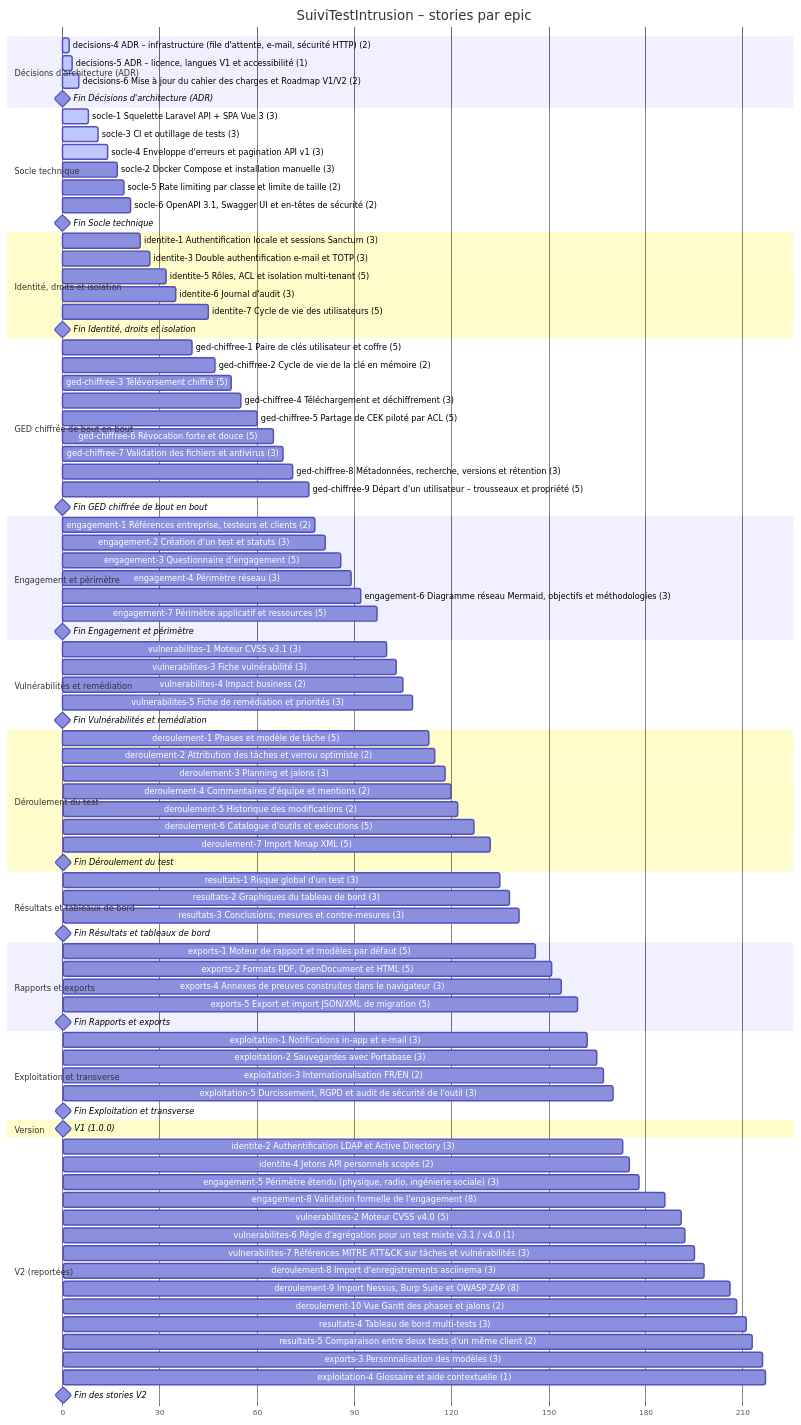
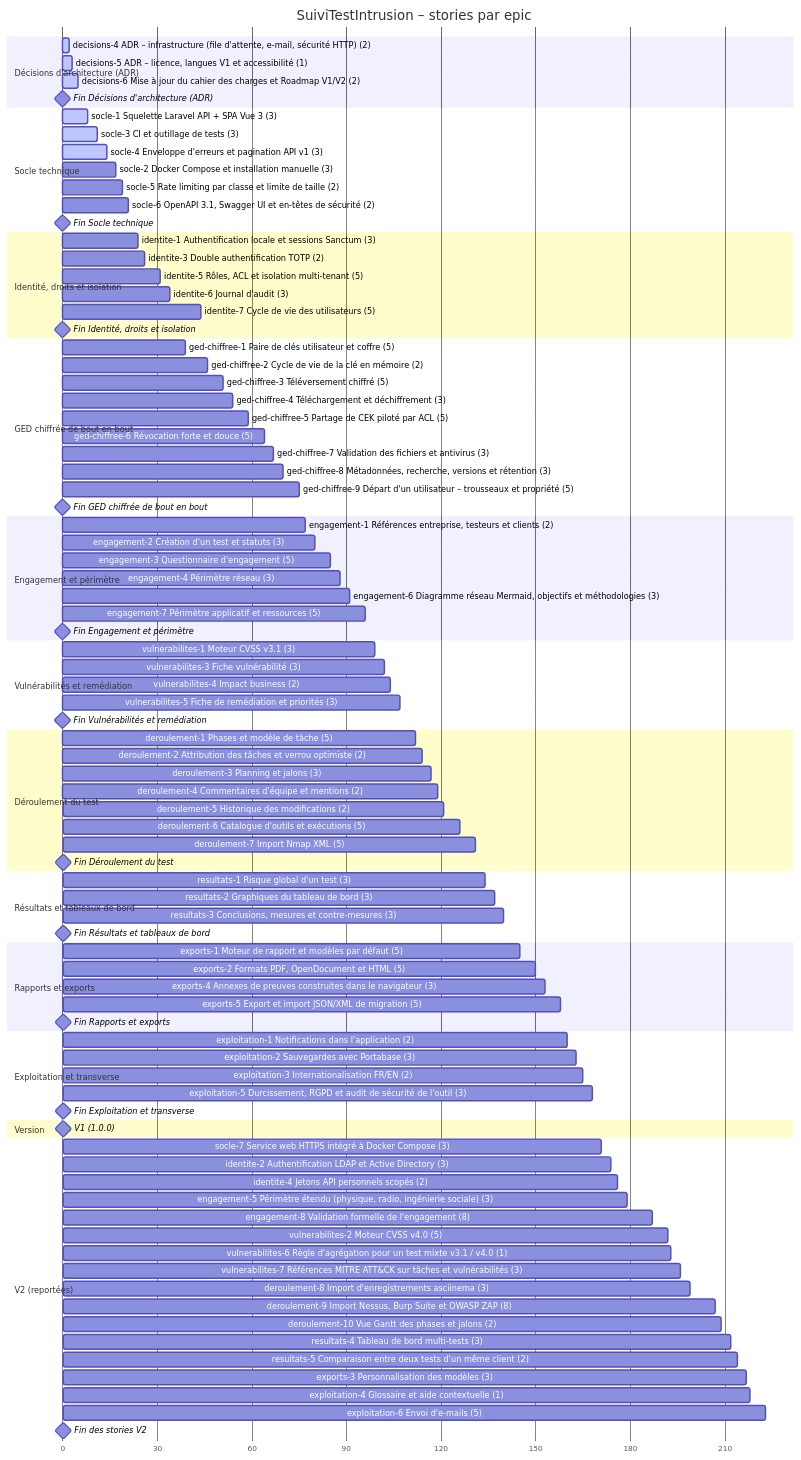
The second of 2 diagrams in docs/20-29 Développement/22 Planification/22.01 Planification du développement.md (ILPlais/SuiviTestIntrusion), drawn with Mermaid before and after one commit. The commit also changed other lines of this file and 20 other files, not shown here.

First line of the commit message:
ADR 13.06 : infrastructure, e-mail et sécurité HTTP (decisions-4).

````diff
--- a/docs/20-29 Développement/22 Planification/22.01 Planification du développement.md
+++ b/docs/20-29 Développement/22 Planification/22.01 Planification du développement.md
@@ -89,78 +91,80 @@
     Fin Socle technique :milestone, m_socle, 21, 0d
     section Identité, droits et isolation
     identite-1 Authentification locale et sessions Sanctum (3) :identite_1, 21, 24
-    identite-3 Double authentification e-mail et TOTP (3) :identite_3, 24, 27
-    identite-5 Rôles, ACL et isolation multi-tenant (5) :identite_5, 27, 32
-    identite-6 Journal d'audit (3) :identite_6, 32, 35
-    identite-7 Cycle de vie des utilisateurs (5) :identite_7, 40, 45
-    Fin Identité, droits et isolation :milestone, m_identite, 45, 0d
+    identite-3 Double authentification TOTP (2) :identite_3, 24, 26
+    identite-5 Rôles, ACL et isolation multi-tenant (5) :identite_5, 26, 31
+    identite-6 Journal d'audit (3) :identite_6, 31, 34
+    identite-7 Cycle de vie des utilisateurs (5) :identite_7, 39, 44
+    Fin Identité, droits et isolation :milestone, m_identite, 44, 0d
     section GED chiffrée de bout en bout
-    ged-chiffree-1 Paire de clés utilisateur et coffre (5) :ged_chiffree_1, 35, 40
-    ged-chiffree-2 Cycle de vie de la clé en mémoire (2) :ged_chiffree_2, 45, 47
-    ged-chiffree-3 Téléversement chiffré (5) :ged_chiffree_3, 47, 52
-    ged-chiffree-4 Téléchargement et déchiffrement (3) :ged_chiffree_4, 52, 55
-    ged-chiffree-5 Partage de CEK piloté par ACL (5) :ged_chiffree_5, 55, 60
-    ged-chiffree-6 Révocation forte et douce (5) :ged_chiffree_6, 60, 65
-    ged-chiffree-7 Validation des fichiers et antivirus (3) :ged_chiffree_7, 65, 68
-    ged-chiffree-8 Métadonnées, recherche, versions et rétention (3) :ged_chiffree_8, 68, 71
-    ged-chiffree-9 Départ d'un utilisateur – trousseaux et propriété (5) :ged_chiffree_9, 71, 76
-    Fin GED chiffrée de bout en bout :milestone, m_ged_chiffree, 76, 0d
+    ged-chiffree-1 Paire de clés utilisateur et coffre (5) :ged_chiffree_1, 34, 39
+    ged-chiffree-2 Cycle de vie de la clé en mémoire (2) :ged_chiffree_2, 44, 46
+    ged-chiffree-3 Téléversement chiffré (5) :ged_chiffree_3, 46, 51
+    ged-chiffree-4 Téléchargement et déchiffrement (3) :ged_chiffree_4, 51, 54
+    ged-chiffree-5 Partage de CEK piloté par ACL (5) :ged_chiffree_5, 54, 59
+    ged-chiffree-6 Révocation forte et douce (5) :ged_chiffree_6, 59, 64
+    ged-chiffree-7 Validation des fichiers et antivirus (3) :ged_chiffree_7, 64, 67
+    ged-chiffree-8 Métadonnées, recherche, versions et rétention (3) :ged_chiffree_8, 67, 70
+    ged-chiffree-9 Départ d'un utilisateur – trousseaux et propriété (5) :ged_chiffree_9, 70, 75
+    Fin GED chiffrée de bout en bout :milestone, m_ged_chiffree, 75, 0d
     section Engagement et périmètre
-    engagement-1 Références entreprise, testeurs et clients (2) :engagement_1, 76, 78
-    engagement-2 Création d'un test et statuts (3) :engagement_2, 78, 81
-    engagement-3 Questionnaire d'engagement (5) :engagement_3, 81, 86
-    engagement-4 Périmètre réseau (3) :engagement_4, 86, 89
-    engagement-6 Diagramme réseau Mermaid, objectifs et méthodologies (3) :engagement_6, 89, 92
-    engagement-7 Périmètre applicatif et ressources (5) :engagement_7, 92, 97
-    Fin Engagement et périmètre :milestone, m_engagement, 97, 0d
+    engagement-1 Références entreprise, testeurs et clients (2) :engagement_1, 75, 77
+    engagement-2 Création d'un test et statuts (3) :engagement_2, 77, 80
+    engagement-3 Questionnaire d'engagement (5) :engagement_3, 80, 85
+    engagement-4 Périmètre réseau (3) :engagement_4, 85, 88
+    engagement-6 Diagramme réseau Mermaid, objectifs et méthodologies (3) :engagement_6, 88, 91
+    engagement-7 Périmètre applicatif et ressources (5) :engagement_7, 91, 96
+    Fin Engagement et périmètre :milestone, m_engagement, 96, 0d
     section Vulnérabilités et remédiation
-    vulnerabilites-1 Moteur CVSS v3.1 (3) :vulnerabilites_1, 97, 100
-    vulnerabilites-3 Fiche vulnérabilité (3) :vulnerabilites_3, 100, 103
-    vulnerabilites-4 Impact business (2) :vulnerabilites_4, 103, 105
-    vulnerabilites-5 Fiche de remédiation et priorités (3) :vulnerabilites_5, 105, 108
-    Fin Vulnérabilités et remédiation :milestone, m_vulnerabilites, 108, 0d
+    vulnerabilites-1 Moteur CVSS v3.1 (3) :vulnerabilites_1, 96, 99
+    vulnerabilites-3 Fiche vulnérabilité (3) :vulnerabilites_3, 99, 102
+    vulnerabilites-4 Impact business (2) :vulnerabilites_4, 102, 104
+    vulnerabilites-5 Fiche de remédiation et priorités (3) :vulnerabilites_5, 104, 107
+    Fin Vulnérabilités et remédiation :milestone, m_vulnerabilites, 107, 0d
     section Déroulement du test
-    deroulement-1 Phases et modèle de tâche (5) :deroulement_1, 108, 113
-    deroulement-2 Attribution des tâches et verrou optimiste (2) :deroulement_2, 113, 115
-    deroulement-3 Planning et jalons (3) :deroulement_3, 115, 118
-    deroulement-4 Commentaires d'équipe et mentions (2) :deroulement_4, 118, 120
-    deroulement-5 Historique des modifications (2) :deroulement_5, 120, 122
-    deroulement-6 Catalogue d'outils et exécutions (5) :deroulement_6, 122, 127
-    deroulement-7 Import Nmap XML (5) :deroulement_7, 127, 132
-    Fin Déroulement du test :milestone, m_deroulement, 132, 0d
+    deroulement-1 Phases et modèle de tâche (5) :deroulement_1, 107, 112
+    deroulement-2 Attribution des tâches et verrou optimiste (2) :deroulement_2, 112, 114
+    deroulement-3 Planning et jalons (3) :deroulement_3, 114, 117
+    deroulement-4 Commentaires d'équipe et mentions (2) :deroulement_4, 117, 119
+    deroulement-5 Historique des modifications (2) :deroulement_5, 119, 121
+    deroulement-6 Catalogue d'outils et exécutions (5) :deroulement_6, 121, 126
+    deroulement-7 Import Nmap XML (5) :deroulement_7, 126, 131
+    Fin Déroulement du test :milestone, m_deroulement, 131, 0d
     section Résultats et tableaux de bord
-    resultats-1 Risque global d'un test (3) :resultats_1, 132, 135
-    resultats-2 Graphiques du tableau de bord (3) :resultats_2, 135, 138
-    resultats-3 Conclusions, mesures et contre-mesures (3) :resultats_3, 138, 141
-    Fin Résultats et tableaux de bord :milestone, m_resultats, 141, 0d
+    resultats-1 Risque global d'un test (3) :resultats_1, 131, 134
+    resultats-2 Graphiques du tableau de bord (3) :resultats_2, 134, 137
+    resultats-3 Conclusions, mesures et contre-mesures (3) :resultats_3, 137, 140
+    Fin Résultats et tableaux de bord :milestone, m_resultats, 140, 0d
     section Rapports et exports
-    exports-1 Moteur de rapport et modèles par défaut (5) :exports_1, 141, 146
-    exports-2 Formats PDF, OpenDocument et HTML (5) :exports_2, 146, 151
-    exports-4 Annexes de preuves construites dans le navigateur (3) :exports_4, 151, 154
-    exports-5 Export et import JSON/XML de migration (5) :exports_5, 154, 159
-    Fin Rapports et exports :milestone, m_exports, 159, 0d
+    exports-1 Moteur de rapport et modèles par défaut (5) :exports_1, 140, 145
+    exports-2 Formats PDF, OpenDocument et HTML (5) :exports_2, 145, 150
+    exports-4 Annexes de preuves construites dans le navigateur (3) :exports_4, 150, 153
+    exports-5 Export et import JSON/XML de migration (5) :exports_5, 153, 158
+    Fin Rapports et exports :milestone, m_exports, 158, 0d
     section Exploitation et transverse
-    exploitation-1 Notifications in-app et e-mail (3) :exploitation_1, 159, 162
-    exploitation-2 Sauvegardes avec Portabase (3) :exploitation_2, 162, 165
-    exploitation-3 Internationalisation FR/EN (2) :exploitation_3, 165, 167
-    exploitation-5 Durcissement, RGPD et audit de sécurité de l'outil (3) :exploitation_5, 167, 170
-    Fin Exploitation et transverse :milestone, m_exploitation, 170, 0d
+    exploitation-1 Notifications dans l'application (2) :exploitation_1, 158, 160
+    exploitation-2 Sauvegardes avec Portabase (3) :exploitation_2, 160, 163
+    exploitation-3 Internationalisation FR/EN (2) :exploitation_3, 163, 165
+    exploitation-5 Durcissement, RGPD et audit de sécurité de l'outil (3) :exploitation_5, 165, 168
+    Fin Exploitation et transverse :milestone, m_exploitation, 168, 0d
     section Version
-    V1 (1.0.0) :milestone, v1d, 170, 0d
+    V1 (1.0.0) :milestone, v1d, 168, 0d
     section V2 (reportées)
-    identite-2 Authentification LDAP et Active Directory (3) :identite_2, 170, 173
-    identite-4 Jetons API personnels scopés (2) :identite_4, 173, 175
-    engagement-5 Périmètre étendu (physique, radio, ingénierie sociale) (3) :engagement_5, 175, 178
-    engagement-8 Validation formelle de l'engagement (8) :engagement_8, 178, 186
-    vulnerabilites-2 Moteur CVSS v4.0 (5) :vulnerabilites_2, 186, 191
-    vulnerabilites-6 Règle d'agrégation pour un test mixte v3.1 / v4.0 (1) :vulnerabilites_6, 191, 192
-    vulnerabilites-7 Références MITRE ATT&CK sur tâches et vulnérabilités (3) :vulnerabilites_7, 192, 195
-    deroulement-8 Import d'enregistrements asciinema (3) :deroulement_8, 195, 198
-    deroulement-9 Import Nessus, Burp Suite et OWASP ZAP (8) :deroulement_9, 198, 206
-    deroulement-10 Vue Gantt des phases et jalons (2) :deroulement_10, 206, 208
-    resultats-4 Tableau de bord multi-tests (3) :resultats_4, 208, 211
-    resultats-5 Comparaison entre deux tests d'un même client (2) :resultats_5, 211, 213
-    exports-3 Personnalisation des modèles (3) :exports_3, 213, 216
-    exploitation-4 Glossaire et aide contextuelle (1) :exploitation_4, 216, 217
-    Fin des stories V2 :milestone, v2d, 217, 0d
+    socle-7 Service web HTTPS intégré à Docker Compose (3) :socle_7, 168, 171
+    identite-2 Authentification LDAP et Active Directory (3) :identite_2, 171, 174
+    identite-4 Jetons API personnels scopés (2) :identite_4, 174, 176
+    engagement-5 Périmètre étendu (physique, radio, ingénierie sociale) (3) :engagement_5, 176, 179
+    engagement-8 Validation formelle de l'engagement (8) :engagement_8, 179, 187
+    vulnerabilites-2 Moteur CVSS v4.0 (5) :vulnerabilites_2, 187, 192
+    vulnerabilites-6 Règle d'agrégation pour un test mixte v3.1 / v4.0 (1) :vulnerabilites_6, 192, 193
+    vulnerabilites-7 Références MITRE ATT&CK sur tâches et vulnérabilités (3) :vulnerabilites_7, 193, 196
+    deroulement-8 Import d'enregistrements asciinema (3) :deroulement_8, 196, 199
+    deroulement-9 Import Nessus, Burp Suite et OWASP ZAP (8) :deroulement_9, 199, 207
+    deroulement-10 Vue Gantt des phases et jalons (2) :deroulement_10, 207, 209
+    resultats-4 Tableau de bord multi-tests (3) :resultats_4, 209, 212
+    resultats-5 Comparaison entre deux tests d'un même client (2) :resultats_5, 212, 214
+    exports-3 Personnalisation des modèles (3) :exports_3, 214, 217
+    exploitation-4 Glossaire et aide contextuelle (1) :exploitation_4, 217, 218
+    exploitation-6 Envoi d'e-mails (5) :exploitation_6, 218, 223
+    Fin des stories V2 :milestone, v2d, 223, 0d
 ```
````
